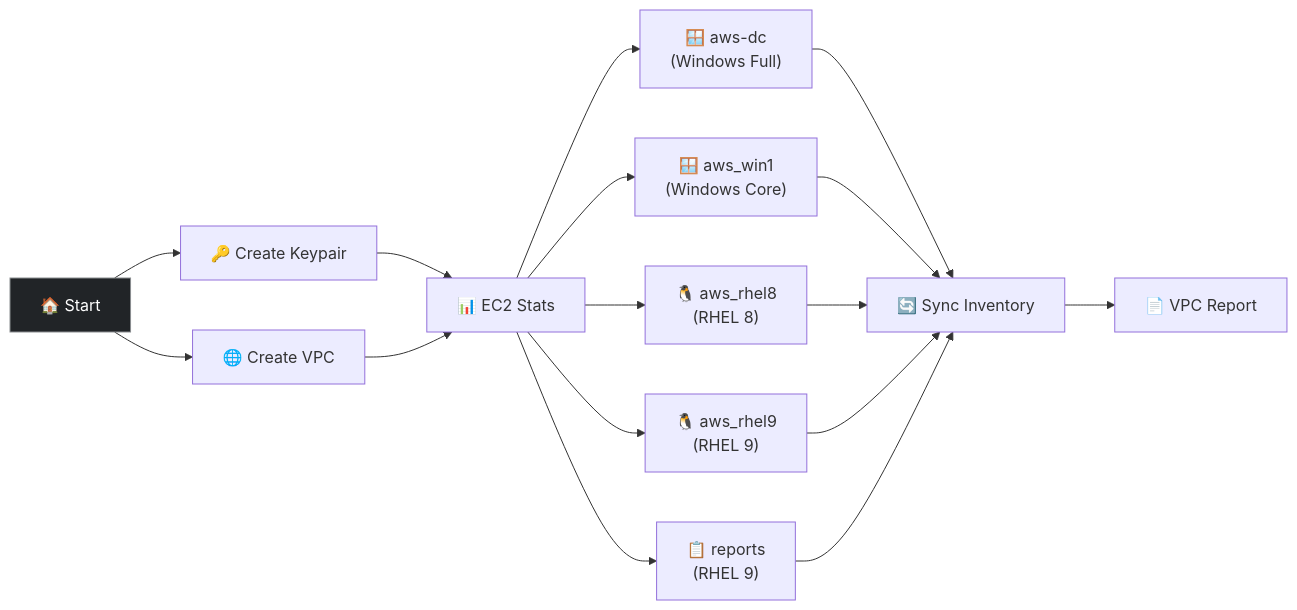
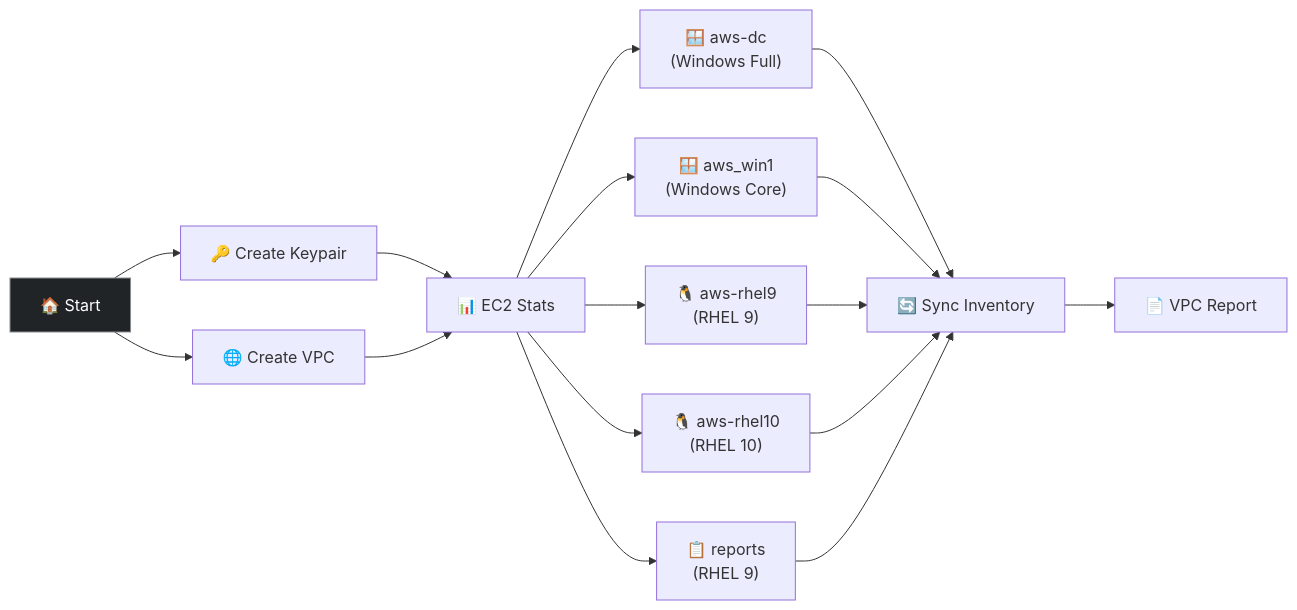
Before and after one commit to ansible/product-demos: the diagram in cloud/docs/deploy-cloud-stack.md, drawn with Mermaid. The commit also changed other lines of this file and 37 other files, not shown here.

````diff
--- a/cloud/docs/deploy-cloud-stack.md
+++ b/cloud/docs/deploy-cloud-stack.md
@@ -22,20 +22,20 @@
 ```mermaid
 graph LR
   S["🏠 Start"]
   S --> A
   S --> B
   A["🔑 Create Keypair"] --> C["📊 EC2 Stats"]
   B["🌐 Create VPC"] --> C
   C --> D["🪟 aws-dc\n(Windows Full)"]
   C --> E["🪟 aws_win1\n(Windows Core)"]
-  C --> F["🐧 aws_rhel8\n(RHEL 8)"]
-  C --> G["🐧 aws_rhel9\n(RHEL 9)"]
+  C --> F["🐧 aws-rhel9\n(RHEL 9)"]
+  C --> G["🐧 aws-rhel10\n(RHEL 10)"]
   C --> H["📋 reports\n(RHEL 9)"]
   D --> I["🔄 Sync Inventory"]
   E --> I
   F --> I
   G --> I
   H --> I
   I --> J["📄 VPC Report"]
   style S fill:#212427,stroke:#8a8d90,color:#fff
 ```
````
